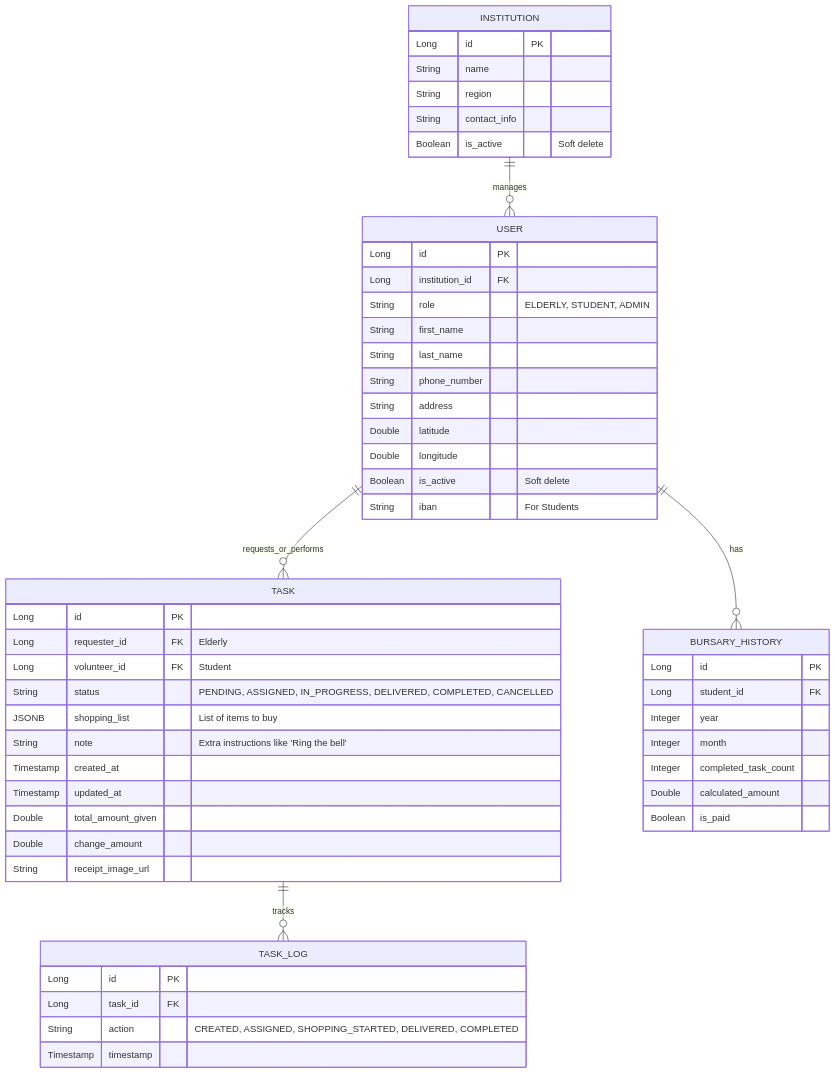
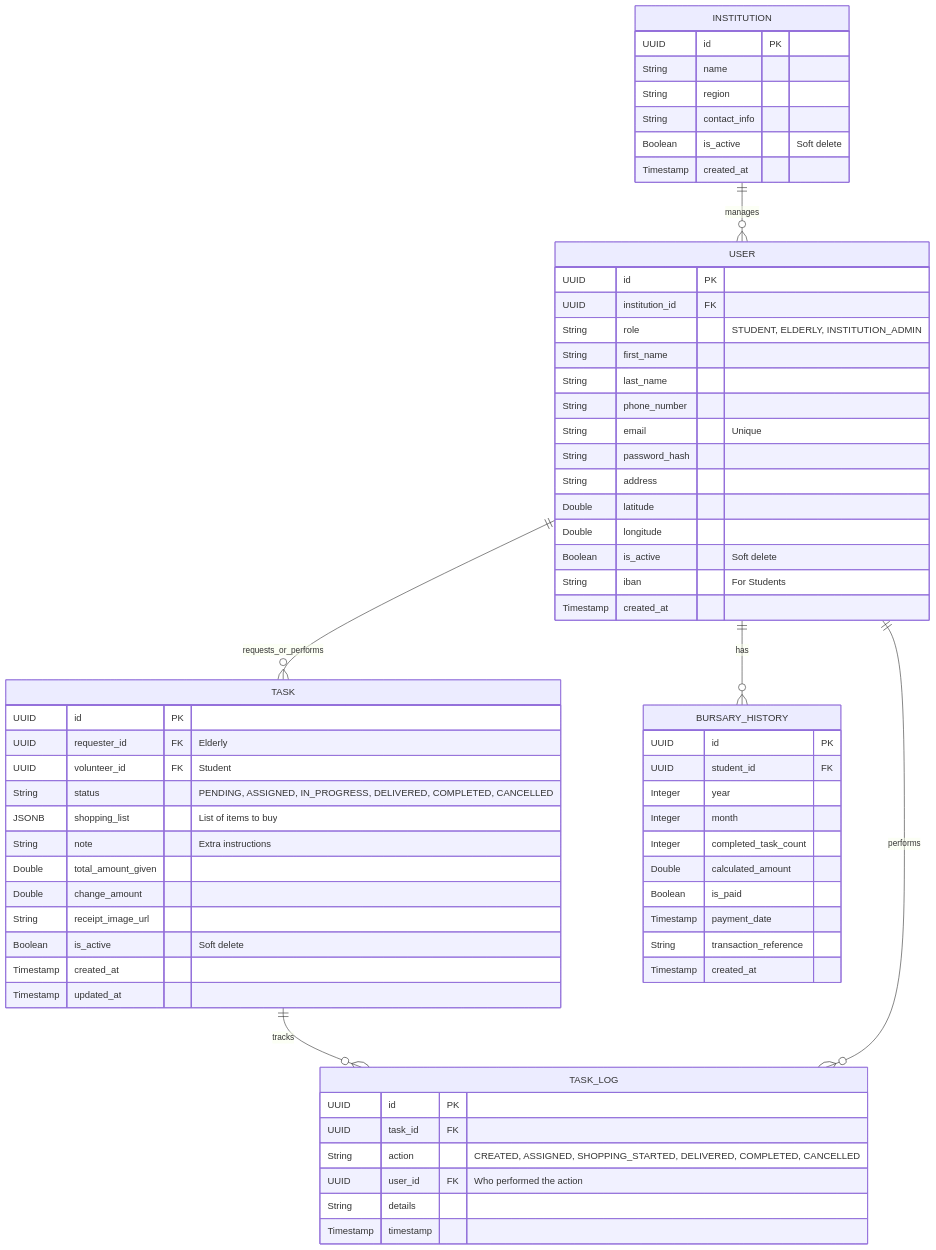
One commit to beratssert/genc-el changed the diagram in docs/database_schema.md. Above: the diagram before and after it, drawn with Mermaid. The commit also changed other lines of this file, not shown here.

````diff
--- a/docs/database_schema.md
+++ b/docs/database_schema.md
@@ -7,60 +7,71 @@
 ```mermaid
 erDiagram
     INSTITUTION ||--o{ USER : manages
     USER ||--o{ TASK : requests_or_performs
     USER ||--o{ BURSARY_HISTORY : has
     TASK ||--o{ TASK_LOG : tracks
-    
+    USER ||--o{ TASK_LOG : performs
+
     INSTITUTION {
-        Long id PK
+        UUID id PK
         String name
         String region
         String contact_info
         Boolean is_active "Soft delete"
+        Timestamp created_at
     }
 
     USER {
-        Long id PK
-        Long institution_id FK
-        String role "ELDERLY, STUDENT, ADMIN"
+        UUID id PK
+        UUID institution_id FK
+        String role "STUDENT, ELDERLY, INSTITUTION_ADMIN"
         String first_name
         String last_name
         String phone_number
+        String email "Unique"
+        String password_hash
         String address
         Double latitude
         Double longitude
         Boolean is_active "Soft delete"
         String iban "For Students"
+        Timestamp created_at
     }
 
     BURSARY_HISTORY {
-        Long id PK
-        Long student_id FK
+        UUID id PK
+        UUID student_id FK
         Integer year
         Integer month
         Integer completed_task_count
         Double calculated_amount
         Boolean is_paid
+        Timestamp payment_date
+        String transaction_reference
+        Timestamp created_at
     }
 
     TASK {
-        Long id PK
-        Long requester_id FK "Elderly"
-        Long volunteer_id FK "Student"
+        UUID id PK
+        UUID requester_id FK "Elderly"
+        UUID volunteer_id FK "Student"
         String status "PENDING, ASSIGNED, IN_PROGRESS, DELIVERED, COMPLETED, CANCELLED"
         JSONB shopping_list "List of items to buy"
-        String note "Extra instructions like 'Ring the bell'"
-        Timestamp created_at
-        Timestamp updated_at
+        String note "Extra instructions"
         Double total_amount_given
         Double change_amount
         String receipt_image_url
+        Boolean is_active "Soft delete"
+        Timestamp created_at
+        Timestamp updated_at
     }
     
     TASK_LOG {
-        Long id PK
-        Long task_id FK
-        String action "CREATED, ASSIGNED, SHOPPING_STARTED, DELIVERED, COMPLETED"
+        UUID id PK
+        UUID task_id FK
+        String action "CREATED, ASSIGNED, SHOPPING_STARTED, DELIVERED, COMPLETED, CANCELLED"
+        UUID user_id FK "Who performed the action"
+        String details
         Timestamp timestamp
     }
 ```
````
